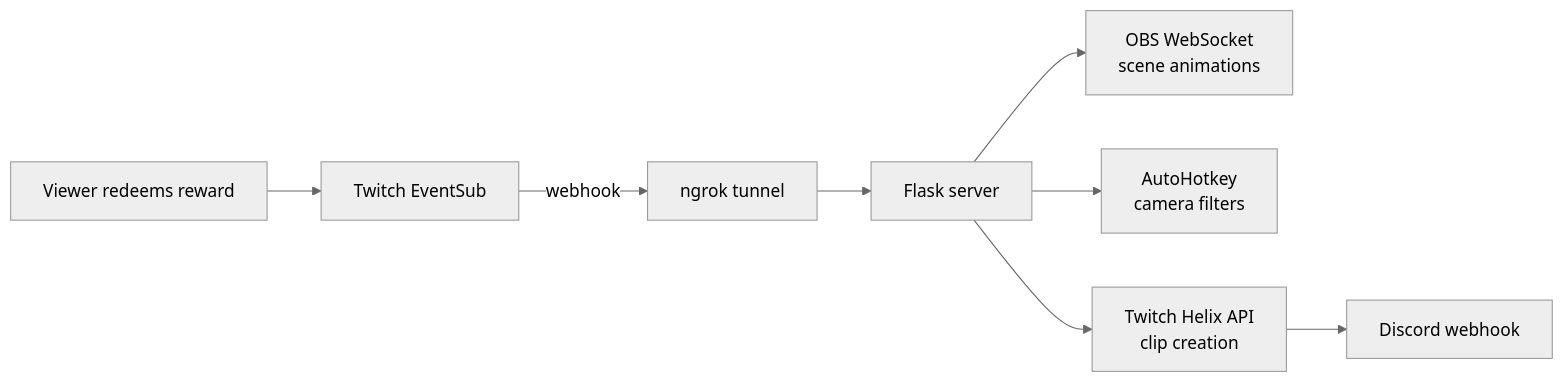
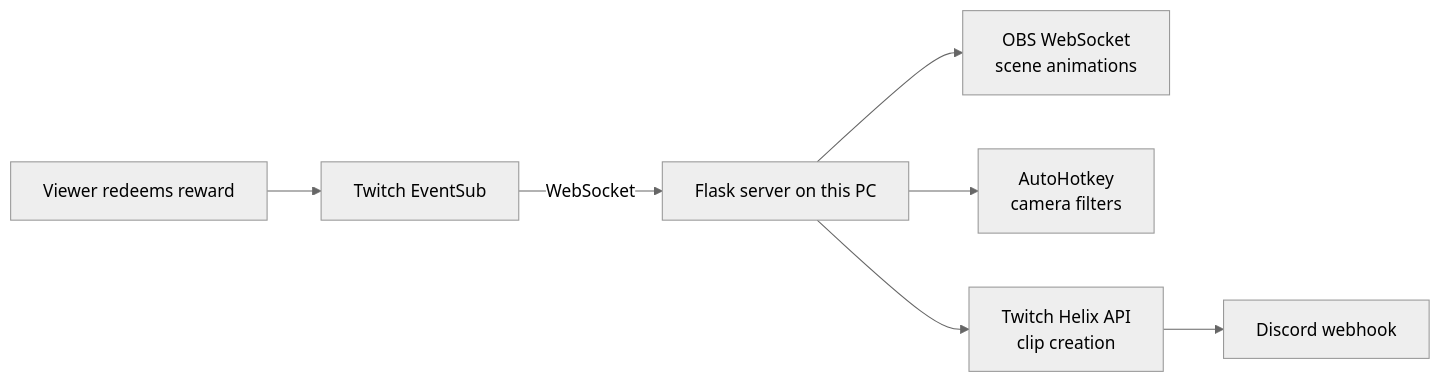
Before and after one commit to dodgen92/ProductionCenter2.0: the diagram in README.md, drawn with Mermaid (neutral theme). The commit also changed other lines of this file and 8 other files, not shown here.

First line of the commit message:
Switch Twitch EventSub from webhooks to a WebSocket. (#3)

````diff
--- a/README.md
+++ b/README.md
@@ -28,10 +28,9 @@
 ```mermaid
 flowchart LR
     V[Viewer redeems reward] --> T[Twitch EventSub]
-    T -->|webhook| N[ngrok tunnel]
-    N --> F[Flask server]
+    T -->|WebSocket| F[Flask server on this PC]
     F --> O[OBS WebSocket<br/>scene animations]
     F --> A[AutoHotkey<br/>camera filters]
     F --> H[Twitch Helix API<br/>clip creation]
     H --> D[Discord webhook]
 ```
````
